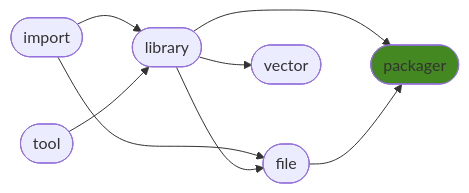
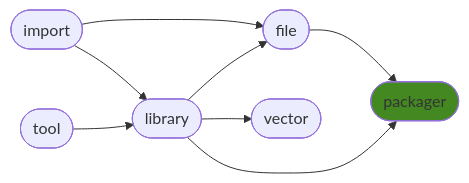
One commit to ManderaGeneral/generalpackager changed the diagram in README.md. Above: the diagram before and after it, drawn with Mermaid. The commit also changed other lines of this file, not shown here.

````diff
--- a/README.md
+++ b/README.md
@@ -24,17 +24,17 @@
 ```mermaid
 flowchart LR
 0([import]) --> 3([file])
-2([library]) --> 5([packager])
-0([import]) --> 2([library])
+3([file]) --> 5([packager])
 2([library]) --> 4([vector])
 2([library]) --> 3([file])
-3([file]) --> 5([packager])
+0([import]) --> 2([library])
 1([tool]) --> 2([library])
+2([library]) --> 5([packager])
 click 0 "https://github.com/ManderaGeneral/generalimport"
 click 1 "https://github.com/ManderaGeneral/generaltool"
 click 2 "https://github.com/ManderaGeneral/generallibrary"
 click 3 "https://github.com/ManderaGeneral/generalfile"
 click 4 "https://github.com/ManderaGeneral/generalvector"
 click 5 "https://github.com/ManderaGeneral/generalpackager"
 style 5 fill:#482
 ```
````
